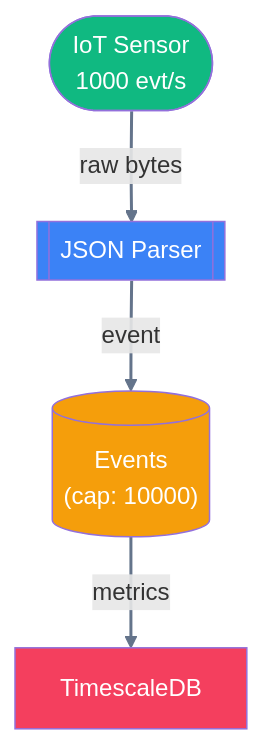
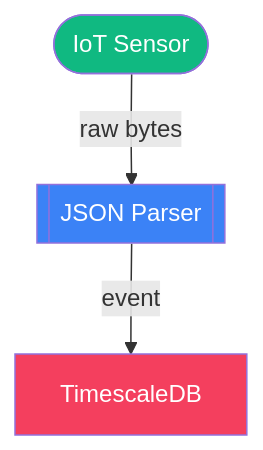
One commit to code-shoily/choreo changed the diagram in README.md. Above: the diagram before and after it, drawn with Mermaid. The commit also changed other lines of this file and 4 other files, not shown here.

````diff
--- a/README.md
+++ b/README.md
@@ -312,18 +29,12 @@
 ```mermaid
 graph TD
   classDef default color:white
   parse[["JSON Parser"]]
   db["TimescaleDB"]
-  sensor(["IoT Sensor<br/>1000 evt/s"])
-  kafka[("Events<br/>(cap: 10000)")]
+  sensor(["IoT Sensor"])
   style parse fill:#3b82f6
   style db fill:#f43f5e
   style sensor fill:#10b981
-  style kafka fill:#f59e0b
-  parse -->|event| kafka
   sensor -->|raw bytes| parse
-  kafka -->|metrics| db
-  linkStyle 0 stroke-width:2px,stroke:#64748b
-  linkStyle 1 stroke-width:2px,stroke:#64748b
-  linkStyle 2 stroke-width:2px,stroke:#64748b
+  parse -->|event| db
 ```
````
